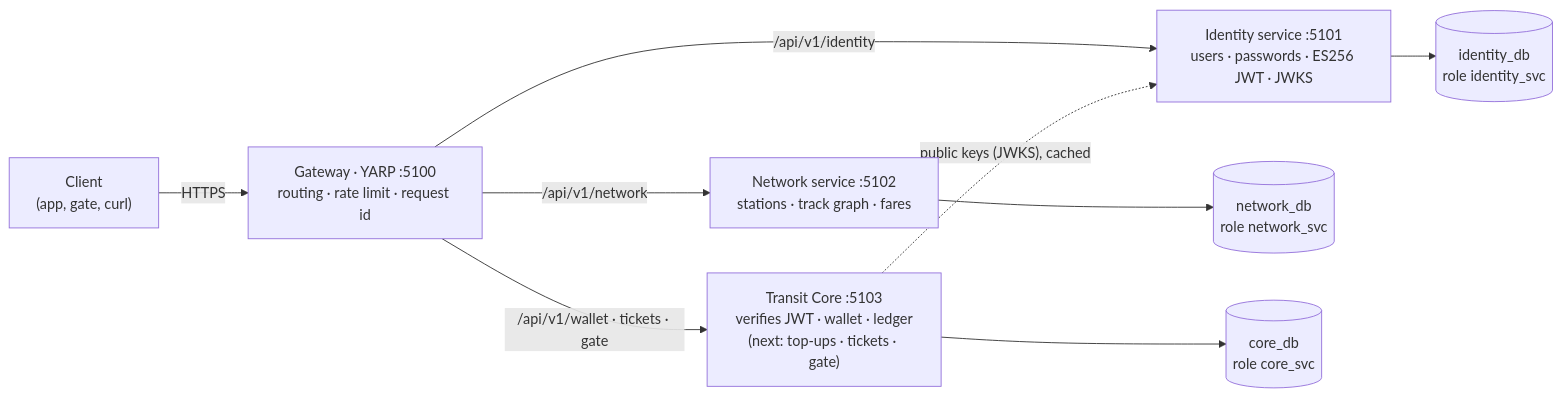
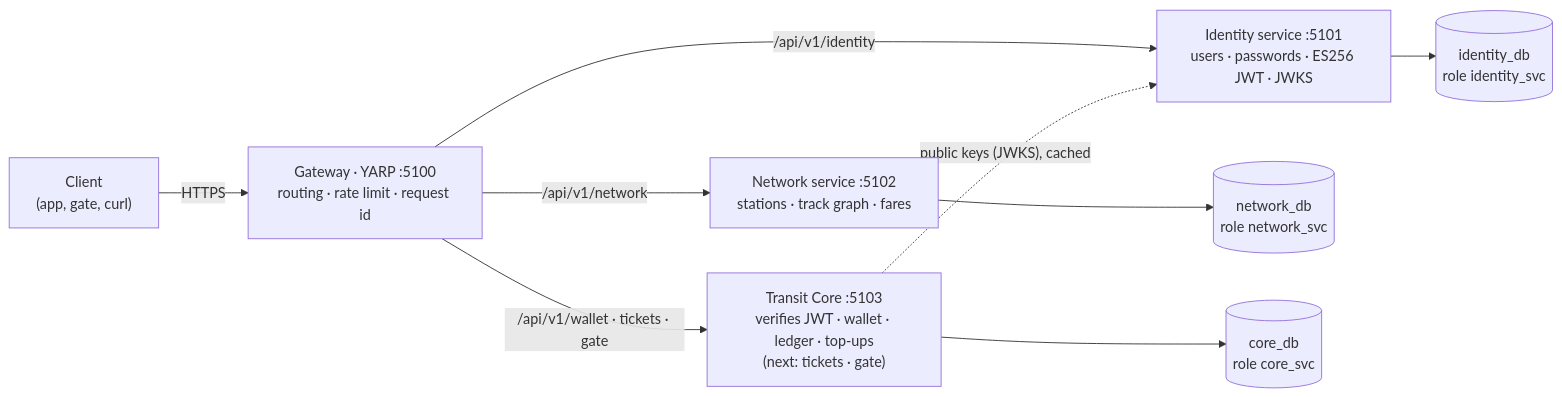
Before and after one commit to istiak133/transit-pass: the first of 3 diagrams in README.md, drawn with Mermaid. The commit also changed other lines of this file and 21 other files, not shown here.

First line of the commit message:
feat(core): top-up through an HMAC-signed payment webhook (#14)

````diff
--- a/README.md
+++ b/README.md
@@ -91,11 +95,11 @@
 ```mermaid
 flowchart LR
     C["Client<br/>(app, gate, curl)"] -->|HTTPS| G["Gateway · YARP :5100<br/>routing · rate limit · request id"]
     G -->|/api/v1/identity| I["Identity service :5101<br/>users · passwords · ES256 JWT · JWKS"]
     G -->|/api/v1/network| N["Network service :5102<br/>stations · track graph · fares"]
-    G -->|/api/v1/wallet · tickets · gate| T["Transit Core :5103<br/>verifies JWT · wallet · ledger<br/>(next: top-ups · tickets · gate)"]
+    G -->|/api/v1/wallet · tickets · gate| T["Transit Core :5103<br/>verifies JWT · wallet · ledger · top-ups<br/>(next: tickets · gate)"]
     T -. "public keys (JWKS), cached" .-> I
     I --> IDB[("identity_db<br/>role identity_svc")]
     N --> NDB[("network_db<br/>role network_svc")]
     T --> CDB[("core_db<br/>role core_svc")]
 ```
````
